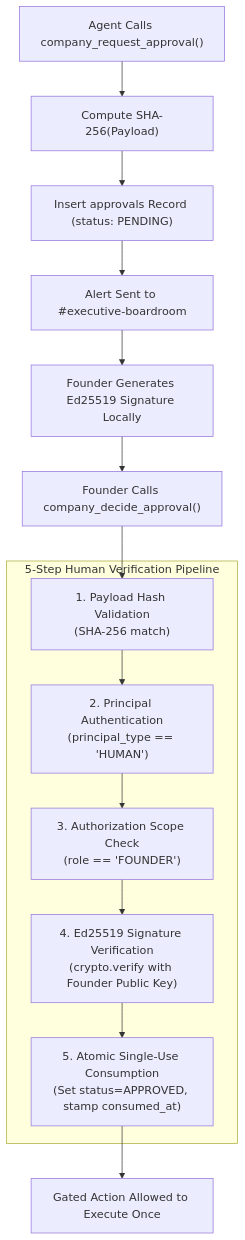
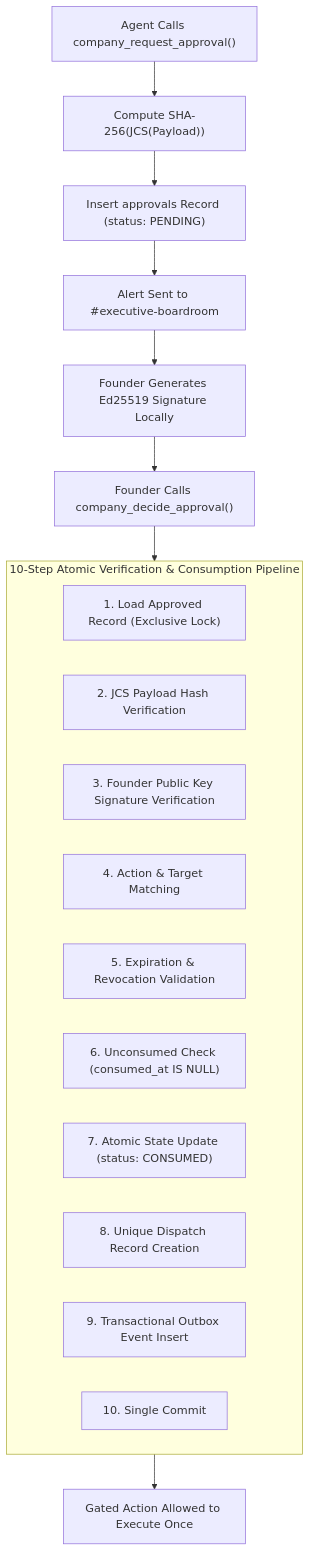
Before and after one commit to kietpro352010/AICO: the second of 2 diagrams in docs/blueprint/v3/10_SECURITY_GOVERNANCE_AND_RUNTIME_ADAPTERS.md, drawn with Mermaid. The commit also changed other lines of this file and 11 other files, not shown here.

First line of the commit message:
docs(blueprint): reconcile v3 architecture, security gates, and contracts

````diff
--- a/docs/blueprint/v3/10_SECURITY_GOVERNANCE_AND_RUNTIME_ADAPTERS.md
+++ b/docs/blueprint/v3/10_SECURITY_GOVERNANCE_AND_RUNTIME_ADAPTERS.md
@@ -92,19 +91,24 @@
 ```mermaid
 flowchart TD
-    Req["Agent Calls company_request_approval()"] --> Hash["Compute SHA-256(Payload)"]
+    Req["Agent Calls company_request_approval()"] --> Hash["Compute SHA-256(JCS(Payload))"]
     Hash --> Pend["Insert approvals Record (status: PENDING)"]
     Pend --> Alert["Alert Sent to #executive-boardroom"]
     Alert --> HumanAction["Founder Generates Ed25519 Signature Locally"]
     HumanAction --> Decide["Founder Calls company_decide_approval()"]
 
-    subgraph Pipeline ["5-Step Human Verification Pipeline"]
-        Step1["1. Payload Hash Validation\n(SHA-256 match)"]
-        Step2["2. Principal Authentication\n(principal_type == 'HUMAN')"]
-        Step3["3. Authorization Scope Check\n(role == 'FOUNDER')"]
-        Step4["4. Ed25519 Signature Verification\n(crypto.verify with Founder Public Key)"]
-        Step5["5. Atomic Single-Use Consumption\n(Set status=APPROVED, stamp consumed_at)"]
+    subgraph Pipeline ["10-Step Atomic Verification & Consumption Pipeline"]
+        Step1["1. Load Approved Record (Exclusive Lock)"]
+        Step2["2. JCS Payload Hash Verification"]
+        Step3["3. Founder Public Key Signature Verification"]
+        Step4["4. Action & Target Matching"]
+        Step5["5. Expiration & Revocation Validation"]
+        Step6["6. Unconsumed Check (consumed_at IS NULL)"]
+        Step7["7. Atomic State Update (status: CONSUMED)"]
+        Step8["8. Unique Dispatch Record Creation"]
+        Step9["9. Transactional Outbox Event Insert"]
+        Step10["10. Single Commit"]
     end
 
-    Decide --> Step1 --> Step2 --> Step3 --> Step4 --> Step5
-    Step5 --> Exec["Gated Action Allowed to Execute Once"]
+    Decide --> Pipeline
+    Pipeline --> Exec["Gated Action Allowed to Execute Once"]
 ```
````
